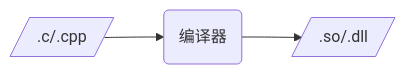
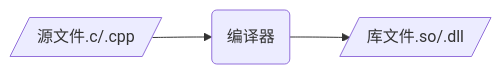
The first of 5 diagrams in _posts/c_c++/library/2023-02-28-dynamic library.md (dmjcb/dmjcb.github.io), drawn with Mermaid before and after one commit. The commit also changed other lines of this file and 114 other files, not shown here.

````diff
--- a/_posts/c_c++/library/2023-02-28-dynamic library.md
+++ b/_posts/c_c++/library/2023-02-28-dynamic library.md
@@ -70,4 +66,4 @@
 ```mermaid
 graph LR;
-    A[/.c/.cpp/]-->B(编译器)-->C[/.so/.dll/]
+    A[/源文件.c/.cpp/]-->B(编译器)-->C[/库文件.so/.dll/]
 ```
````
